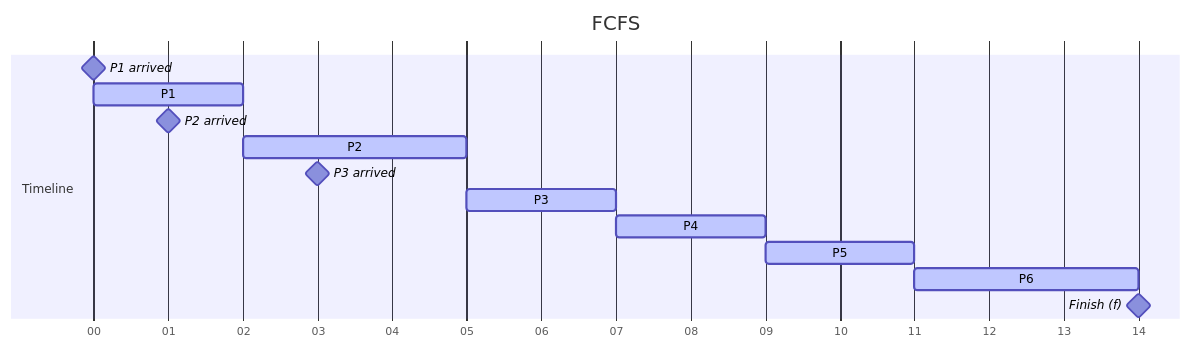
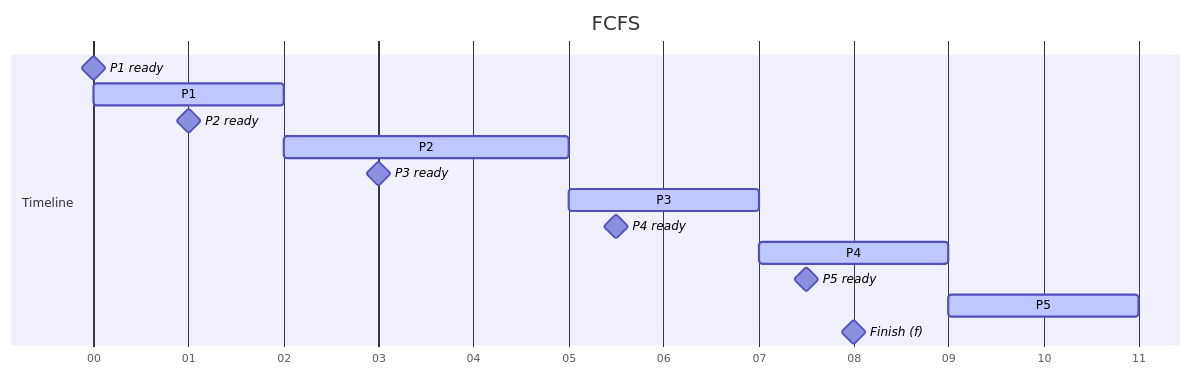
The third of 3 diagrams in uit/courses/IT007/elearning/IT007-elearning-ch04.md (leanhvu21042001/LT.K2025.2-CNTT), drawn with Mermaid before and after one commit. The commit also changed other lines of this file, not shown here.

````diff
--- a/uit/courses/IT007/elearning/IT007-elearning-ch04.md
+++ b/uit/courses/IT007/elearning/IT007-elearning-ch04.md
@@ -302,24 +302,25 @@
 ```mermaid
 ---
 config:
   theme: default
   themeVariables:
     fontFamily: "Iosevka"
 ---
 gantt
     title FCFS
-    dateFormat S
+    dateFormat SS
     axisFormat %S
 
     section Timeline
-    P1 arrived : milestone, m1, 0, 0s
+    P1 ready : milestone, m1, 0, 0s
     P1        : active, w1, after m1, 2s
-    P2 arrived : milestone, m2, after m1, 2s
+    P2 ready : milestone, m2, after m1, 2s
     P2        : active, p1, after w1, 3s
-    P3 arrived : milestone, m3, after m2, 2s
+    P3 ready : milestone, m3, after m2, 2s
     P3         : active, g1, after p1, 2s
+    P4 ready : milestone, m4, after m3, 3s
     P4      : active, p2, after g1, 2s
+    P5 ready : milestone, m5, after m4, 1s
     P5       : active, g2, after p2, 2s
-    P6      : active, p3, after g2, 3s
     Finish (f)  : milestone, f1, after p3, 0s
 ```
````
